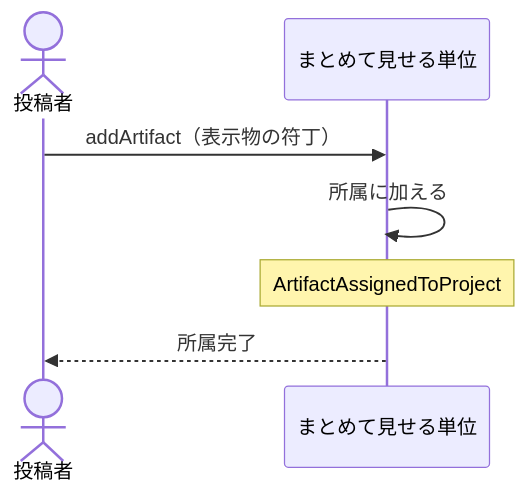
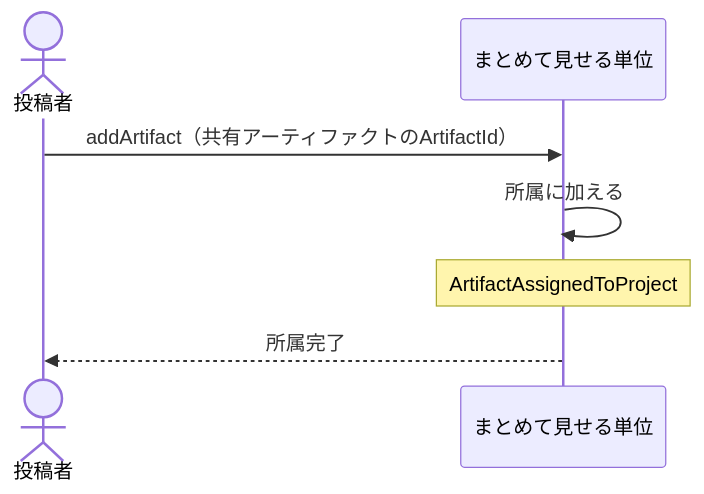
Before and after one commit to daidaiiro-519/waffle: the diagram in .waffle/specs/bc-artifact-share/subdomain/sd-artifact-sharing/usecase/uc-assign-to-project.md, drawn with Mermaid. The commit also changed other lines of this file and 23 other files, not shown here.

````diff
--- a/.waffle/specs/bc-artifact-share/subdomain/sd-artifact-sharing/usecase/uc-assign-to-project.md
+++ b/.waffle/specs/bc-artifact-share/subdomain/sd-artifact-sharing/usecase/uc-assign-to-project.md
@@ -39,8 +39,8 @@
 ```mermaid
 sequenceDiagram
     actor 投稿者
-    投稿者->>まとめて見せる単位: addArtifact（表示物の符丁）
+    投稿者->>まとめて見せる単位: addArtifact（共有アーティファクトのArtifactId）
     まとめて見せる単位->>まとめて見せる単位: 所属に加える
     Note over まとめて見せる単位: ArtifactAssignedToProject
     まとめて見せる単位-->>投稿者: 所属完了
 ```
````
